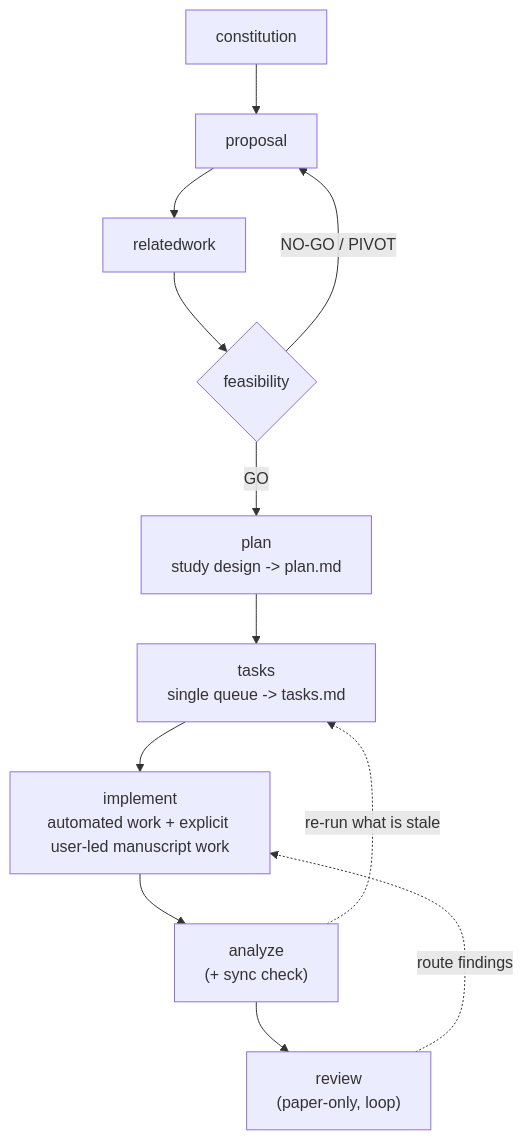
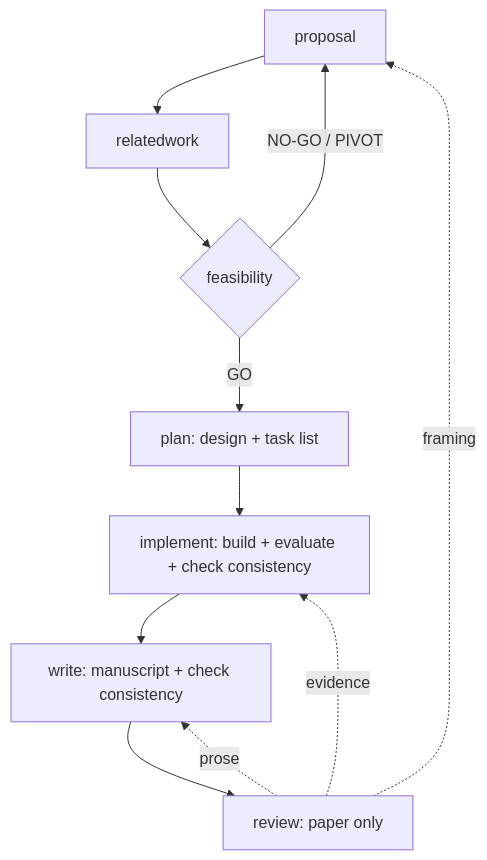
One commit to jiancui-research/research-kit changed the diagram in docs/workflow.md. Above: the diagram before and after it, drawn with Mermaid. The commit also changed other lines of this file and 72 other files, not shown here.

````diff
--- a/docs/workflow.md
+++ b/docs/workflow.md
@@ -7,12 +8,12 @@
 ```mermaid
 flowchart TD
-    C[constitution] --> P[proposal] --> RW[relatedwork] --> F{feasibility}
-    F -->|"NO-GO / PIVOT"| P
-    F -->|GO| PL["plan<br/>study design -> plan.md"]
-    PL --> T["tasks<br/>single queue -> tasks.md"]
-    T --> I["implement<br/>automated work + explicit user-led manuscript work"]
-    I --> AN["analyze<br/>(+ sync check)"]
-    AN -.->|"re-run what is stale"| T
-    AN --> RV["review<br/>(paper-only, loop)"]
-    RV -.->|"route findings"| I
+    P[proposal] --> RW[relatedwork] --> F{feasibility}
+    F -->|NO-GO / PIVOT| P
+    F -->|GO| PL["plan: design + task list"]
+    PL --> I["implement: build + evaluate + check consistency"]
+    I --> W["write: manuscript + check consistency"]
+    W --> R["review: paper only"]
+    R -.->|framing| P
+    R -.->|evidence| I
+    R -.->|prose| W
 ```
````
